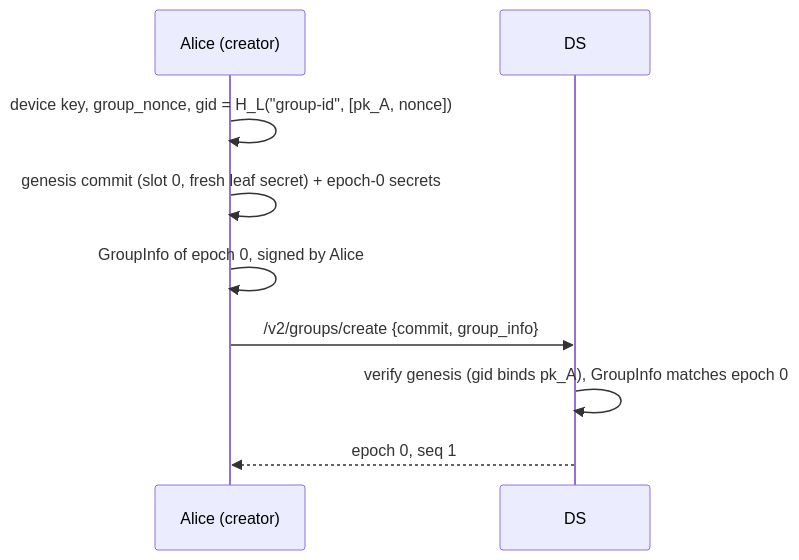
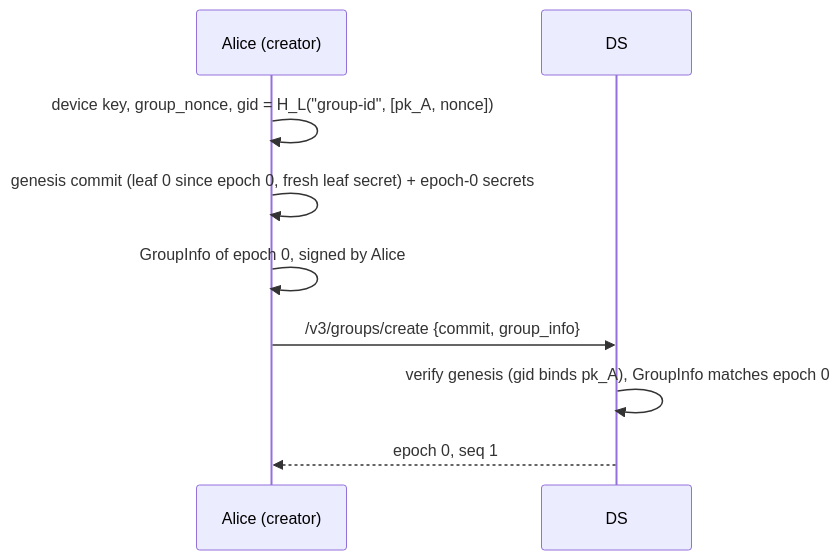
One commit to pwnsdx/cityg changed the first of 10 diagrams in docs/workflows.md. Above: the diagram before and after it, drawn with Mermaid. The commit also changed other lines of this file and 166 other files, not shown here.

````diff
--- a/docs/workflows.md
+++ b/docs/workflows.md
@@ -11,11 +11,11 @@
 ```mermaid
 sequenceDiagram
     participant A as Alice (creator)
     participant DS
     A->>A: device key, group_nonce, gid = H_L("group-id", [pk_A, nonce])
-    A->>A: genesis commit (slot 0, fresh leaf secret) + epoch-0 secrets
+    A->>A: genesis commit (leaf 0 since epoch 0, fresh leaf secret) + epoch-0 secrets
     A->>A: GroupInfo of epoch 0, signed by Alice
-    A->>DS: /v2/groups/create {commit, group_info}
+    A->>DS: /v3/groups/create {commit, group_info}
     DS->>DS: verify genesis (gid binds pk_A), GroupInfo matches epoch 0
     DS-->>A: epoch 0, seq 1
 ```
````
